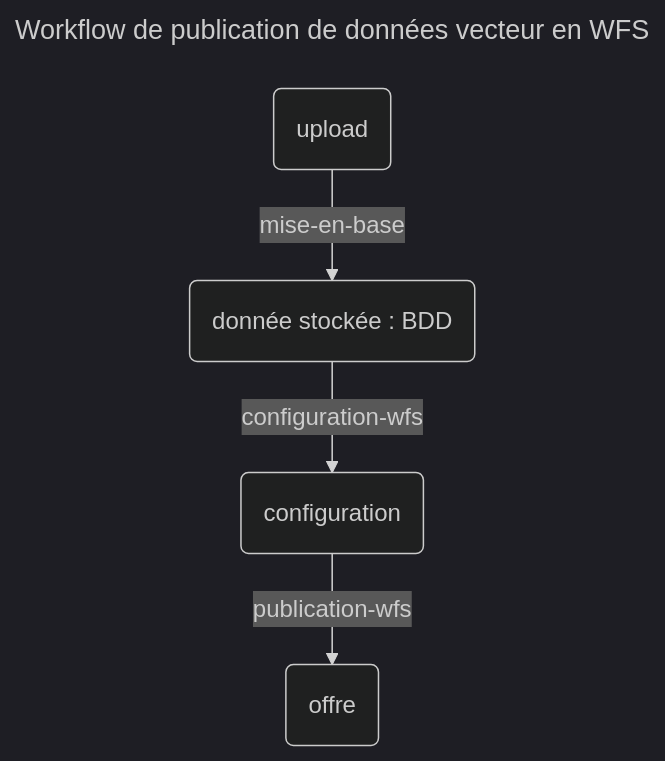
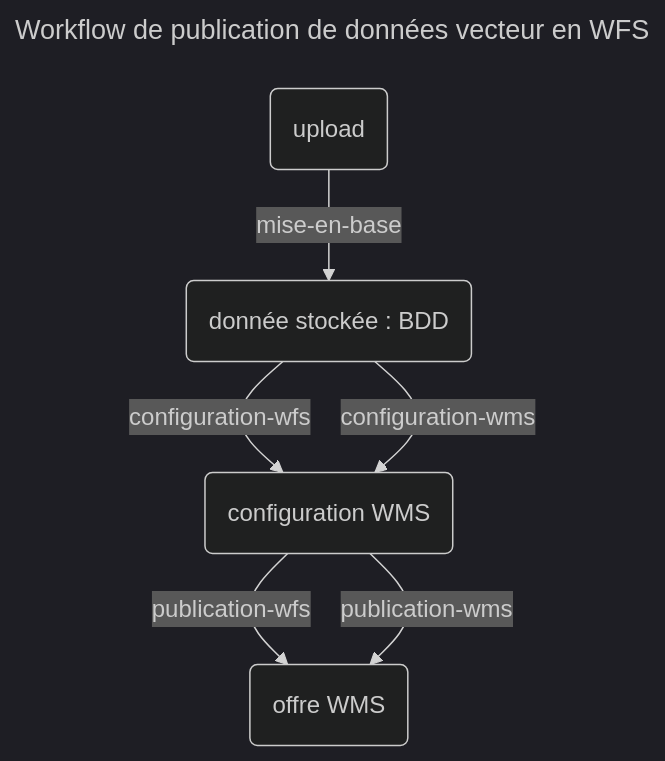
One commit to ignf-sidc/ignf-gpf-api changed the diagram in docs/tutoriel_2_flux_vecteur.md. Above: the diagram before and after it, drawn with Mermaid (dark theme). The commit also changed other lines of this file and 2 other files, not shown here.

Commit message:
tuto vecteur BDD : ajout publication WFS

````diff
--- a/docs/tutoriel_2_flux_vecteur.md
+++ b/docs/tutoriel_2_flux_vecteur.md
@@ -81,10 +81,12 @@
 ```mermaid
 ---
 title: Workflow de publication de données vecteur en WFS
 ---
 %% doc mermaid ici https://mermaid-js.github.io/mermaid/#/flowchart?id=flowcharts-basic-syntax
 flowchart TD
     A("upload") -->|mise-en-base| B("donnée stockée : BDD")
-    B -->|configuration-wfs| C(configuration)
-    C -->|publication-wfs| D(offre)
+    B -->|configuration-wfs| C("configuration WFS")
+    C -->|publication-wfs| D("offre WFS")
+    B -->|configuration-wms| C("configuration WMS")
+    C -->|publication-wms| D("offre WMS")
 ```
````
